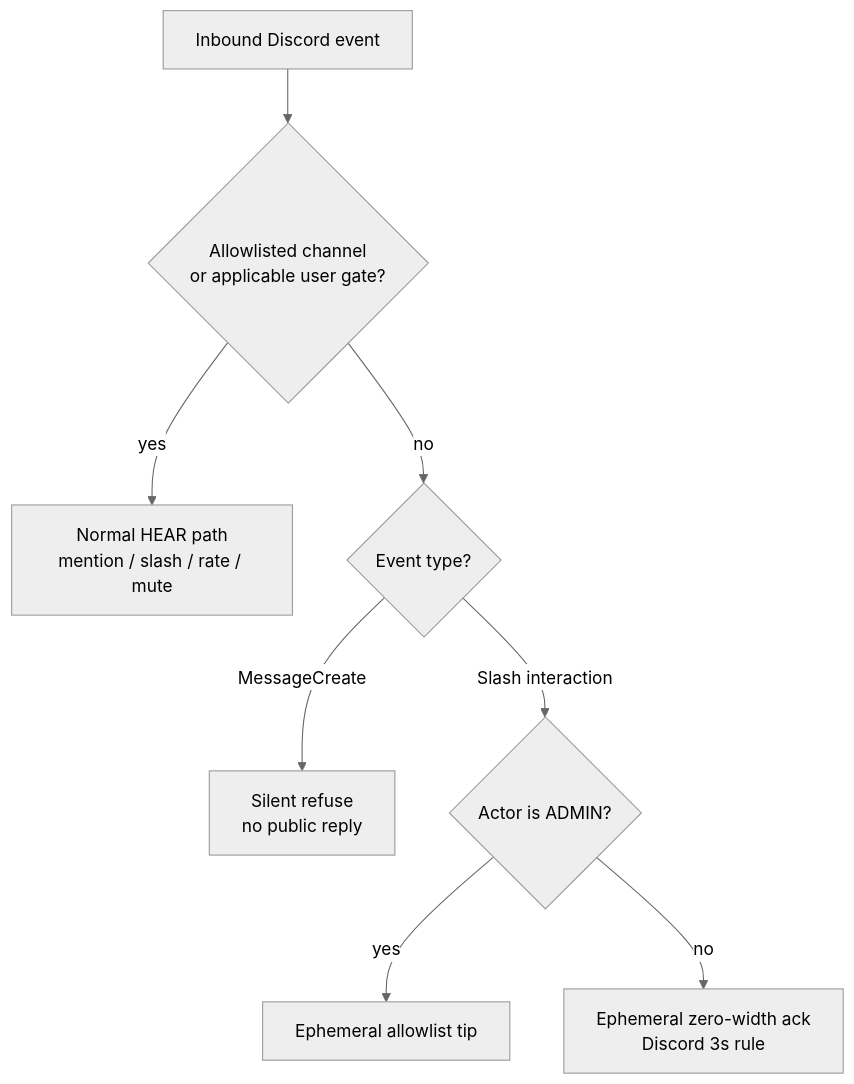
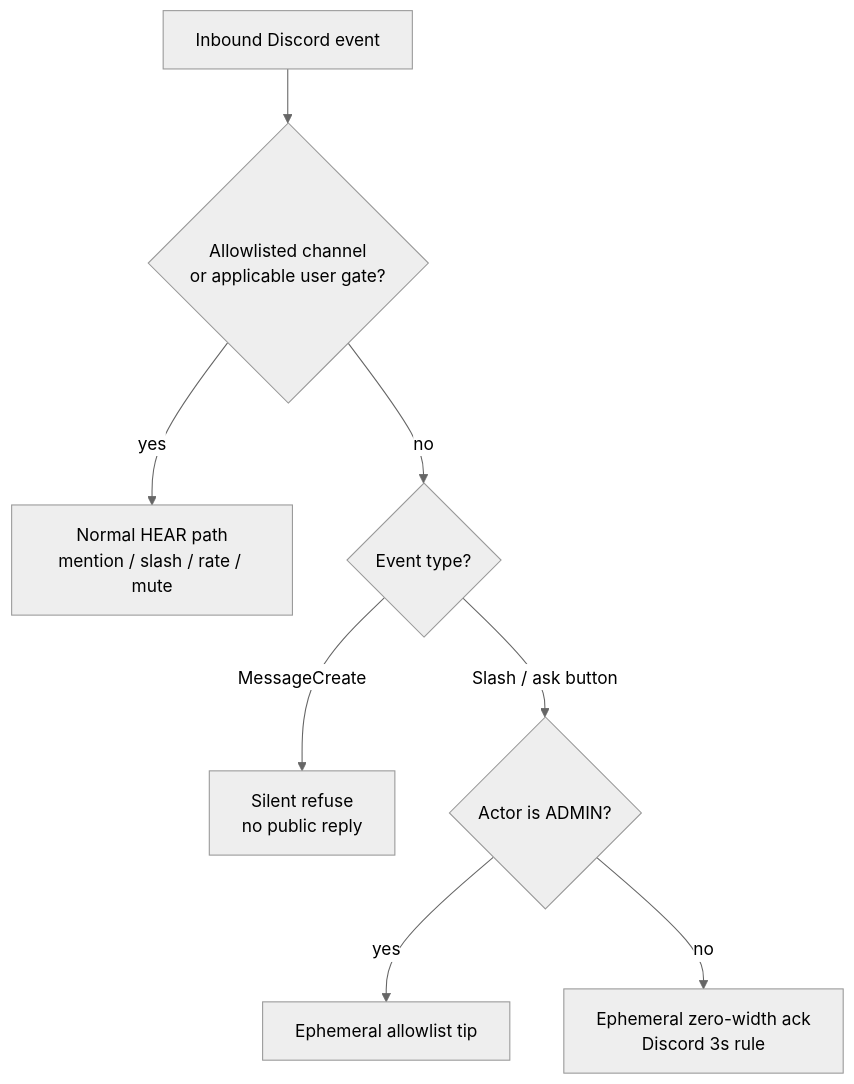
The third of 3 diagrams in docs/discord.md (CorvidLabs/Corvidinho), drawn with Mermaid (neutral theme) before and after one commit. The commit also changed other lines of this file and 13 other files, not shown here.

First line of the commit message:
fix(discord): an ask button press resumes only in an allowlisted channel

````diff
--- a/docs/discord.md
+++ b/docs/discord.md
@@ -145,10 +148,10 @@
 ```mermaid
 flowchart TD
   A[Inbound Discord event] --> B{Allowlisted channel<br/>or applicable user gate?}
   B -->|yes| C[Normal HEAR path<br/>mention / slash / rate / mute]
   B -->|no| D{Event type?}
   D -->|MessageCreate| E[Silent refuse<br/>no public reply]
-  D -->|Slash interaction| F{Actor is ADMIN?}
+  D -->|Slash / ask button| F{Actor is ADMIN?}
   F -->|yes| G[Ephemeral allowlist tip]
   F -->|no| H[Ephemeral zero-width ack<br/>Discord 3s rule]
 ```
````
